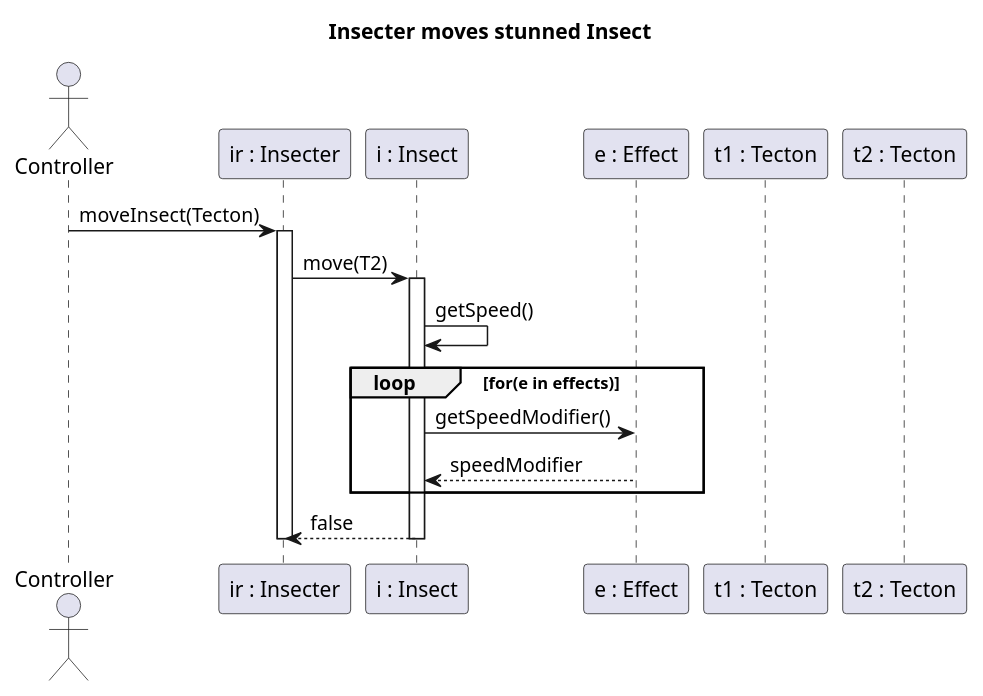
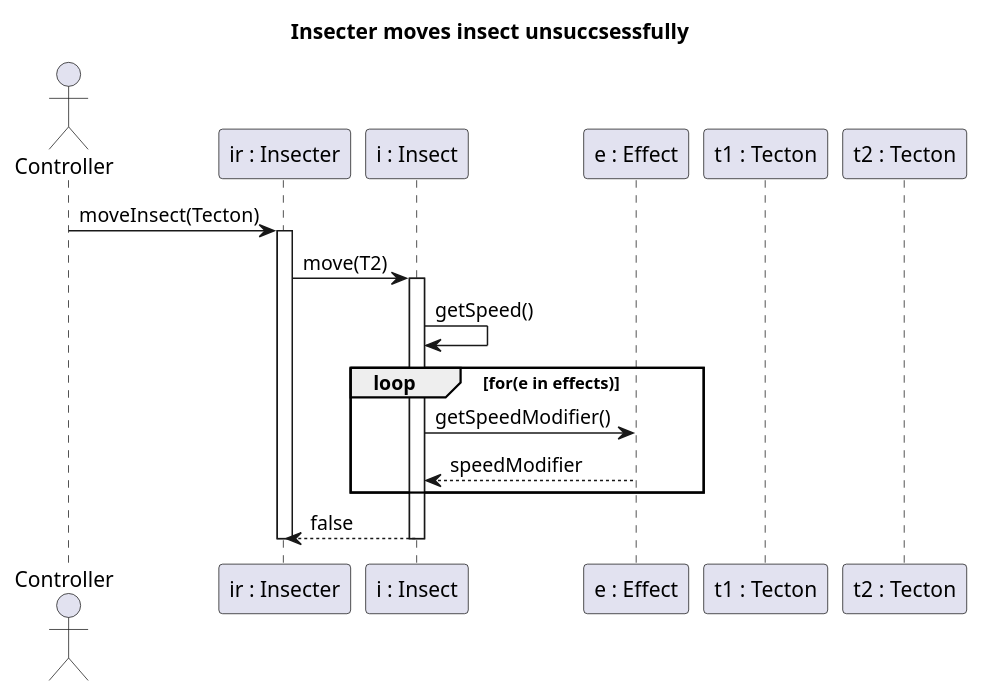
Before and after one commit to Petya-G/fungorium: the diagram in 5/sequences/insect/moveStunnedInsect.puml, drawn with PlantUML. The commit also changed 6 other files, not shown here.

Commit message:
even more sequences

```diff
--- a/5/sequences/insect/moveStunnedInsect.puml
+++ b/5/sequences/insect/moveStunnedInsect.puml
@@ -1,29 +1,29 @@
 @startuml moveStunnedInsect
-title Insecter moves stunned Insect
+title Insecter moves insect unsuccsessfully
 
 actor Controller
 participant "ir : Insecter" as IR
 participant "i : Insect" as I
 participant "e : Effect" as E
 participant "t1 : Tecton" as T1
 participant "t2 : Tecton" as T2
 
 Controller -> IR: moveInsect(Tecton)
 activate IR
 IR -> I: move(T2)
 activate I
 
 I -> I : getSpeed()
 
 loop for(e in effects)
     I -> E : getSpeedModifier()
     I <-- E : speedModifier
 end
 I --> IR: false
 
 deactivate I
 
 'Controller <-- IR
 deactivate IR
 deactivate IR
 @enduml
```
